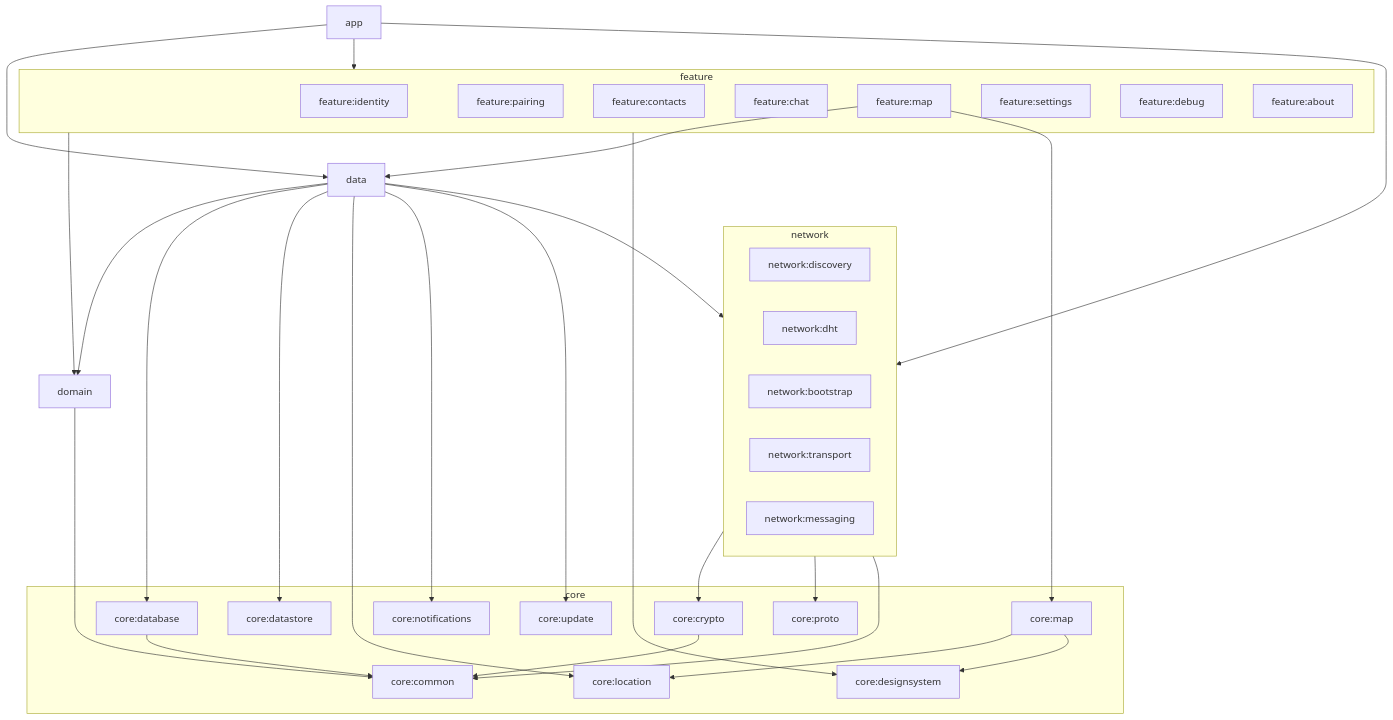
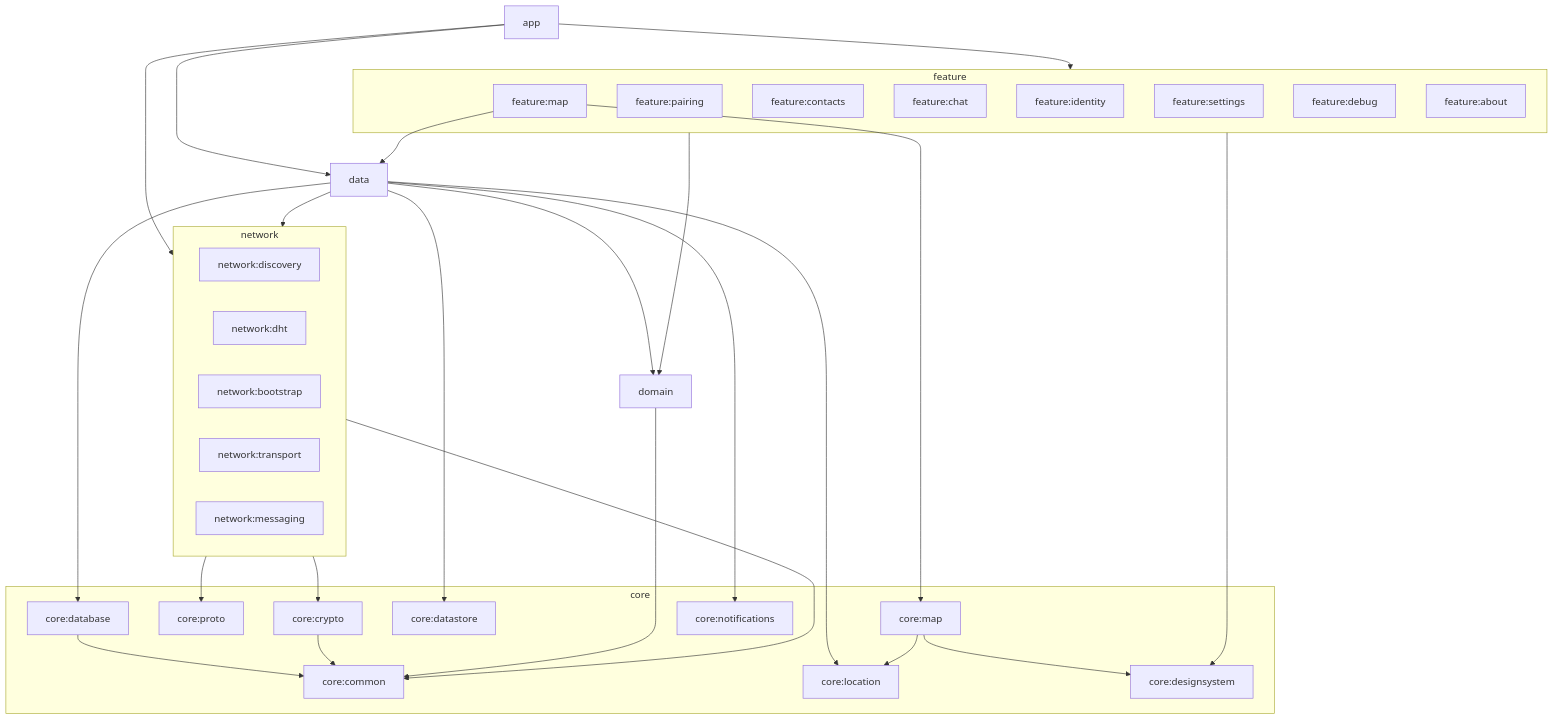
Before and after one commit to 0xAsghar/vMessenger: the diagram in docs/FolderStructure.md, drawn with Mermaid. The commit also changed other lines of this file and 64 other files, not shown here.

````diff
--- a/docs/FolderStructure.md
+++ b/docs/FolderStructure.md
@@ -20,62 +20,60 @@
 ```mermaid
 flowchart TD
   app["app"]
 
   subgraph featureLayer [feature]
     fIdentity["feature:identity"]
     fPairing["feature:pairing"]
     fContacts["feature:contacts"]
     fChat["feature:chat"]
     fMap["feature:map"]
     fSettings["feature:settings"]
     fDebug["feature:debug"]
     fAbout["feature:about"]
   end
 
   domain["domain"]
   data["data"]
 
   subgraph networkLayer [network]
     nDisc["network:discovery"]
     nDht["network:dht"]
     nBoot["network:bootstrap"]
     nTrans["network:transport"]
     nMsg["network:messaging"]
   end
 
   subgraph coreLayer [core]
     cCommon["core:common"]
     cCrypto["core:crypto"]
     cProto["core:proto"]
     cDb["core:database"]
     cData2["core:datastore"]
     cLoc["core:location"]
     cMap["core:map"]
     cNotif["core:notifications"]
     cDesign["core:designsystem"]
-    cUpdate["core:update"]
   end
 
   app --> featureLayer
   app --> data
   app --> networkLayer
   featureLayer --> domain
   featureLayer --> cDesign
   data --> domain
   data --> networkLayer
   data --> cDb
   data --> cData2
   data --> cLoc
   data --> cNotif
   fMap --> data
   fMap --> cMap
   cMap --> cLoc
   cMap --> cDesign
-  data --> cUpdate
   networkLayer --> cCrypto
   networkLayer --> cProto
   networkLayer --> cCommon
   cDb --> cCommon
   cCrypto --> cCommon
   domain --> cCommon
 ```
````
